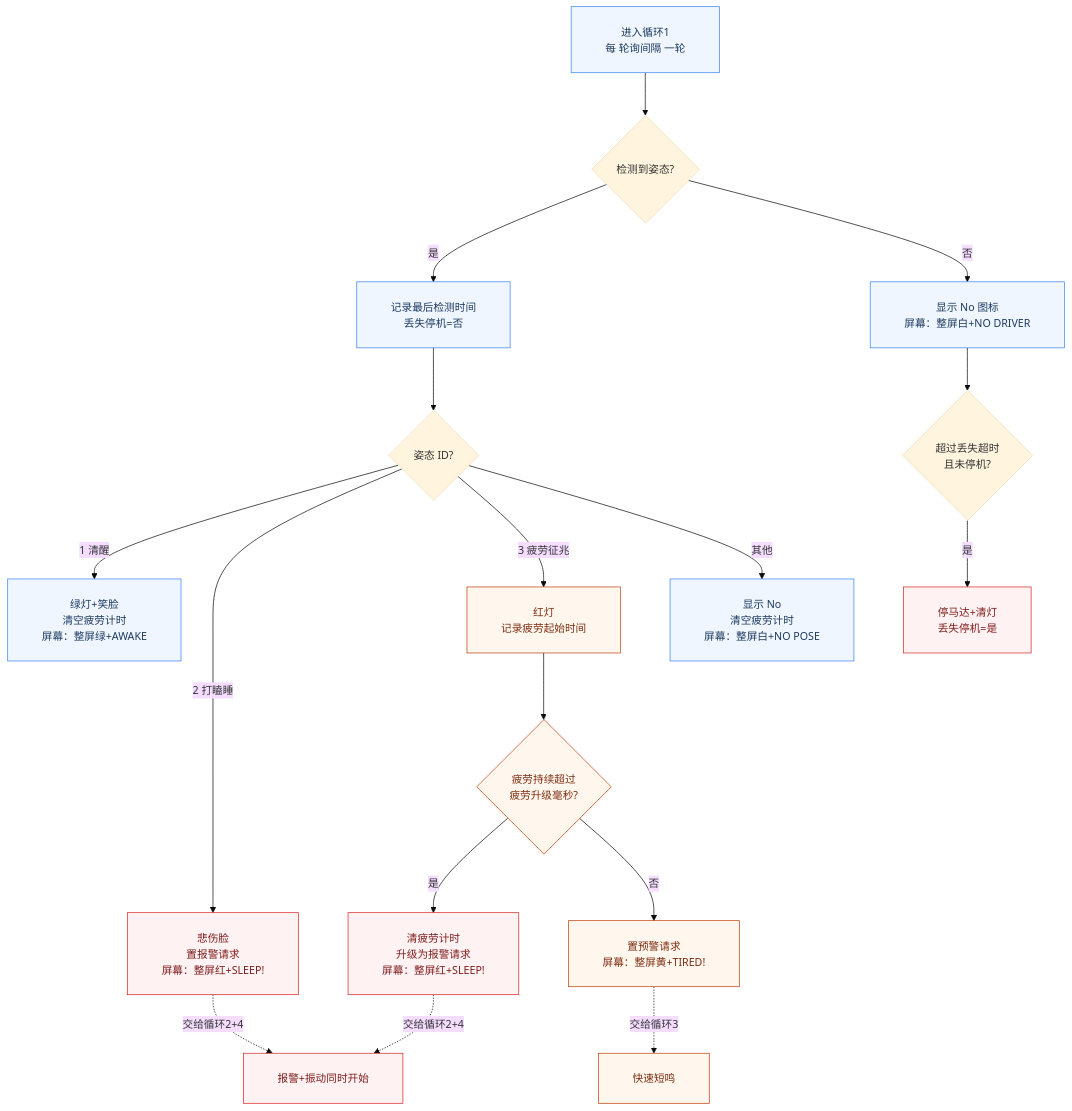
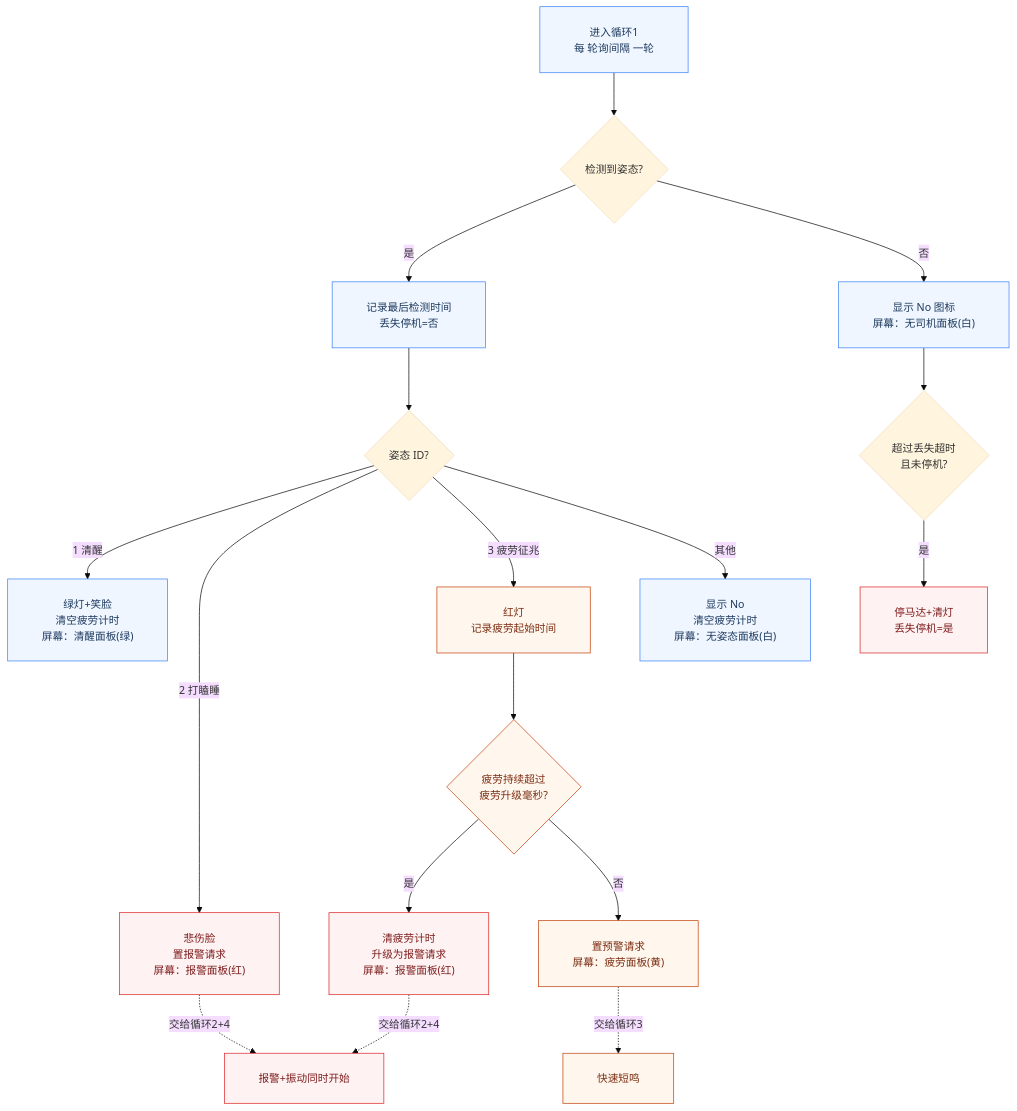
The second of 3 diagrams in README.md (Gsjsjzhznsz/driver), drawn with Mermaid before and after one commit. The commit also changed other lines of this file and 4 other files, not shown here.

Commit message:
功能：屏幕状态升级为仪表盘HUD面板（观众反馈再高级一点）——新增"屏幕状态面板"积木一键绘制整屏：深蓝标题栏(DRIVER MONITOR+状态指示灯)+白框卡片内48号状态大字(卡片随文字自适应)+32号副标题+疲劳度仪表条(清醒10%/疲劳60%/打瞌睡100%)+页脚FATIGUE LEVEL读数；面板内部判重(状态不变不重绘+60秒自愈刷新应对相机中途重启)；实心条采用外框+内框双层嵌套矩形(单个粗线宽矩形在固件居中描边解释下中央会留洞)；main.ts每状态4块屏幕积木简化为1块，删除屏幕状态变量；README/流程图同步更新并附6面板效果预览图

````diff
--- a/README.md
+++ b/README.md
@@ -168,26 +184,26 @@
 ```mermaid
 %%{init: {"theme":"base","themeVariables":{"fontSize":"15px"},"flowchart":{"curve":"basis","padding":24,"nodeSpacing":70,"rankSpacing":60}}}%%
 flowchart TD
     S["进入循环1<br>每 轮询间隔 一轮"] --> A{"检测到姿态?"}
     A -->|"是"| B["记录最后检测时间<br>丢失停机=否"]
     B --> C{"姿态 ID?"}
-    C -->|"1 清醒"| D["绿灯+笑脸<br>清空疲劳计时<br>屏幕：整屏绿+AWAKE"]
-    C -->|"2 打瞌睡"| E["悲伤脸<br>置报警请求<br>屏幕：整屏红+SLEEP!"]
+    C -->|"1 清醒"| D["绿灯+笑脸<br>清空疲劳计时<br>屏幕：清醒面板(绿)"]
+    C -->|"2 打瞌睡"| E["悲伤脸<br>置报警请求<br>屏幕：报警面板(红)"]
     C -->|"3 疲劳征兆"| F["红灯<br>记录疲劳起始时间"]
-    C -->|"其他"| G["显示 No<br>清空疲劳计时<br>屏幕：整屏白+NO POSE"]
+    C -->|"其他"| G["显示 No<br>清空疲劳计时<br>屏幕：无姿态面板(白)"]
     F --> H{"疲劳持续超过<br>疲劳升级毫秒?"}
-    H -->|"是"| I["清疲劳计时<br>升级为报警请求<br>屏幕：整屏红+SLEEP!"]
-    H -->|"否"| J["置预警请求<br>屏幕：整屏黄+TIRED!"]
-    A -->|"否"| M["显示 No 图标<br>屏幕：整屏白+NO DRIVER"]
+    H -->|"是"| I["清疲劳计时<br>升级为报警请求<br>屏幕：报警面板(红)"]
+    H -->|"否"| J["置预警请求<br>屏幕：疲劳面板(黄)"]
+    A -->|"否"| M["显示 No 图标<br>屏幕：无司机面板(白)"]
     M --> K{"超过丢失超时<br>且未停机?"}
     K -->|"是"| L["停马达+清灯<br>丢失停机=是"]
     E -.->|"交给循环2+4"| N["报警+振动同时开始"]
     I -.->|"交给循环2+4"| N
     J -.->|"交给循环3"| O["快速短鸣"]
     classDef normal fill:#EFF6FF,stroke:#3B82F6,color:#1E3A5F
     classDef warn fill:#FFF7ED,stroke:#C2410C,color:#7C2D12
     classDef danger fill:#FEF2F2,stroke:#DC2626,color:#7F1D1D
     class S,B,D,G,M normal
     class F,H,J,O warn
     class E,I,N,L danger
 ```
````
